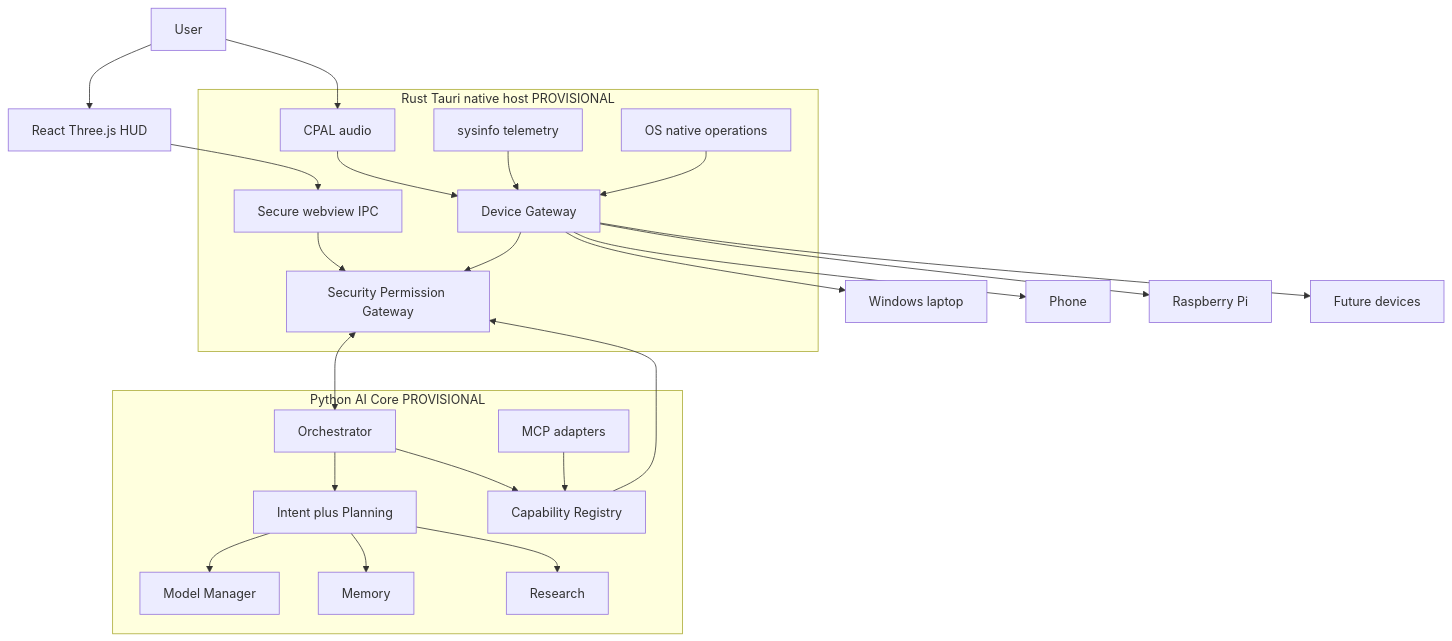
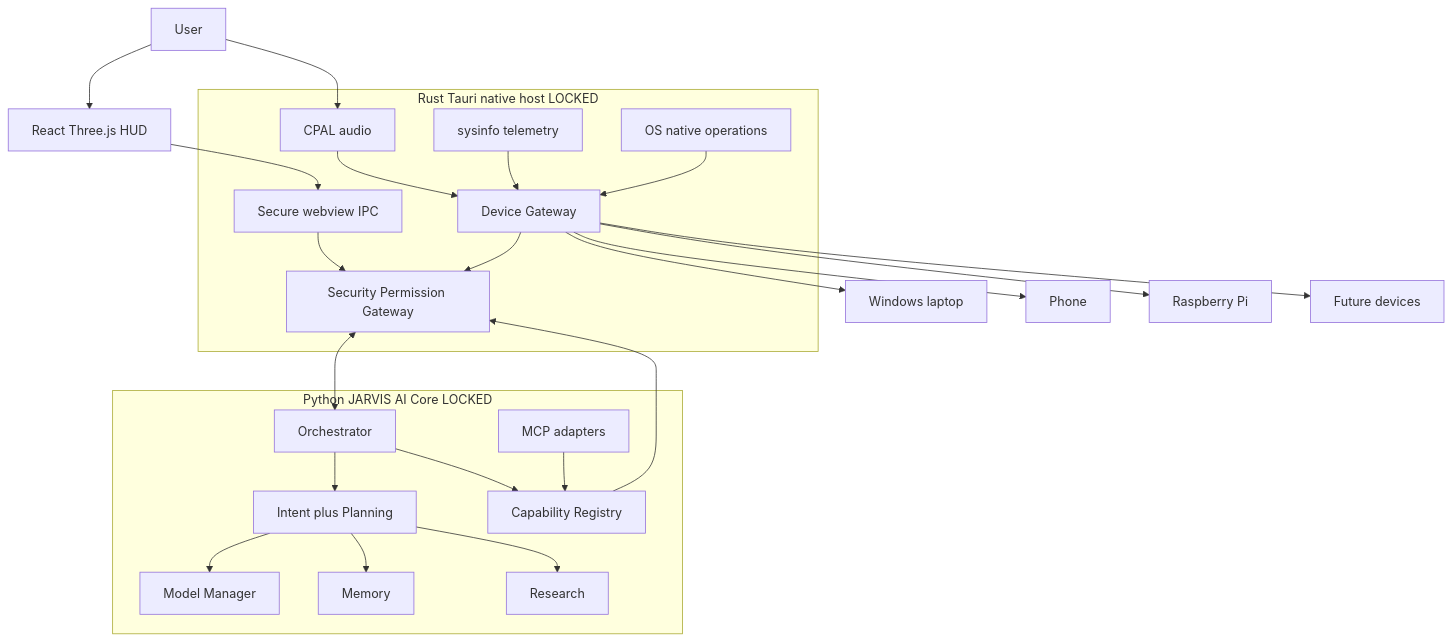
The diagram in docs/NAVEEN-MASTER-ARCHITECTURE.md (naveenchandar7/naveen-ai-jarvis), drawn with Mermaid before and after one commit. The commit also changed other lines of this file and 1 other file, not shown here.

Commit message:
docs: lock hybrid JARVIS architecture

````diff
--- a/docs/NAVEEN-MASTER-ARCHITECTURE.md
+++ b/docs/NAVEEN-MASTER-ARCHITECTURE.md
@@ -102,47 +104,47 @@
 ```mermaid
 flowchart TB
   User[User]
   HUD[React Three.js HUD]
-  subgraph rustHost [Rust Tauri native host PROVISIONAL]
+  subgraph rustHost [Rust Tauri native host LOCKED]
     TauriIPC[Secure webview IPC]
     Sec[Security Permission Gateway]
     Dev[Device Gateway]
     Audio[CPAL audio]
     Tele[sysinfo telemetry]
     OsOps[OS native operations]
   end
-  subgraph pyCore [Python AI Core PROVISIONAL]
+  subgraph pyCore [Python JARVIS AI Core LOCKED]
     Orch[Orchestrator]
     Intent[Intent plus Planning]
     Models[Model Manager]
     Mem[Memory]
     Research[Research]
     Caps[Capability Registry]
     Mcp[MCP adapters]
   end
   Laptop[Windows laptop]
   Phone[Phone]
   Pi[Raspberry Pi]
   Future[Future devices]
 
   User --> HUD
   User --> Audio
   HUD --> TauriIPC
   TauriIPC --> Sec
   Audio --> Dev
   Tele --> Dev
   OsOps --> Dev
   Dev --> Sec
   Sec <--> Orch
   Orch --> Intent
   Intent --> Models
   Intent --> Mem
   Intent --> Research
   Orch --> Caps
   Caps --> Sec
   Mcp --> Caps
   Dev --> Laptop
   Dev --> Phone
   Dev --> Pi
   Dev --> Future
 ```
````
